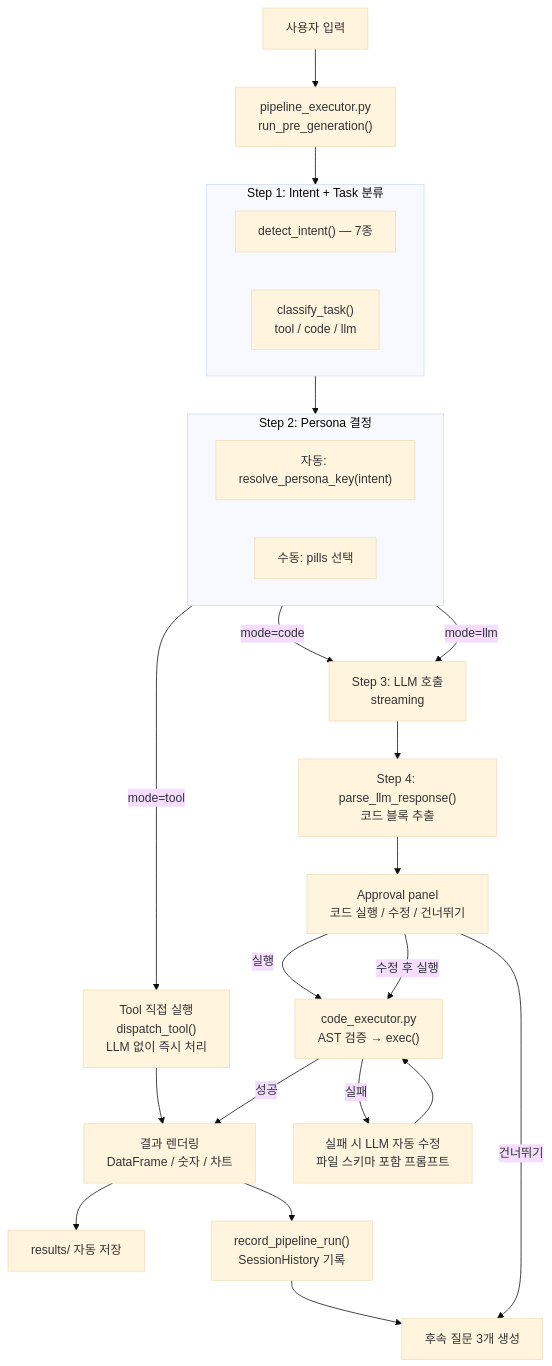
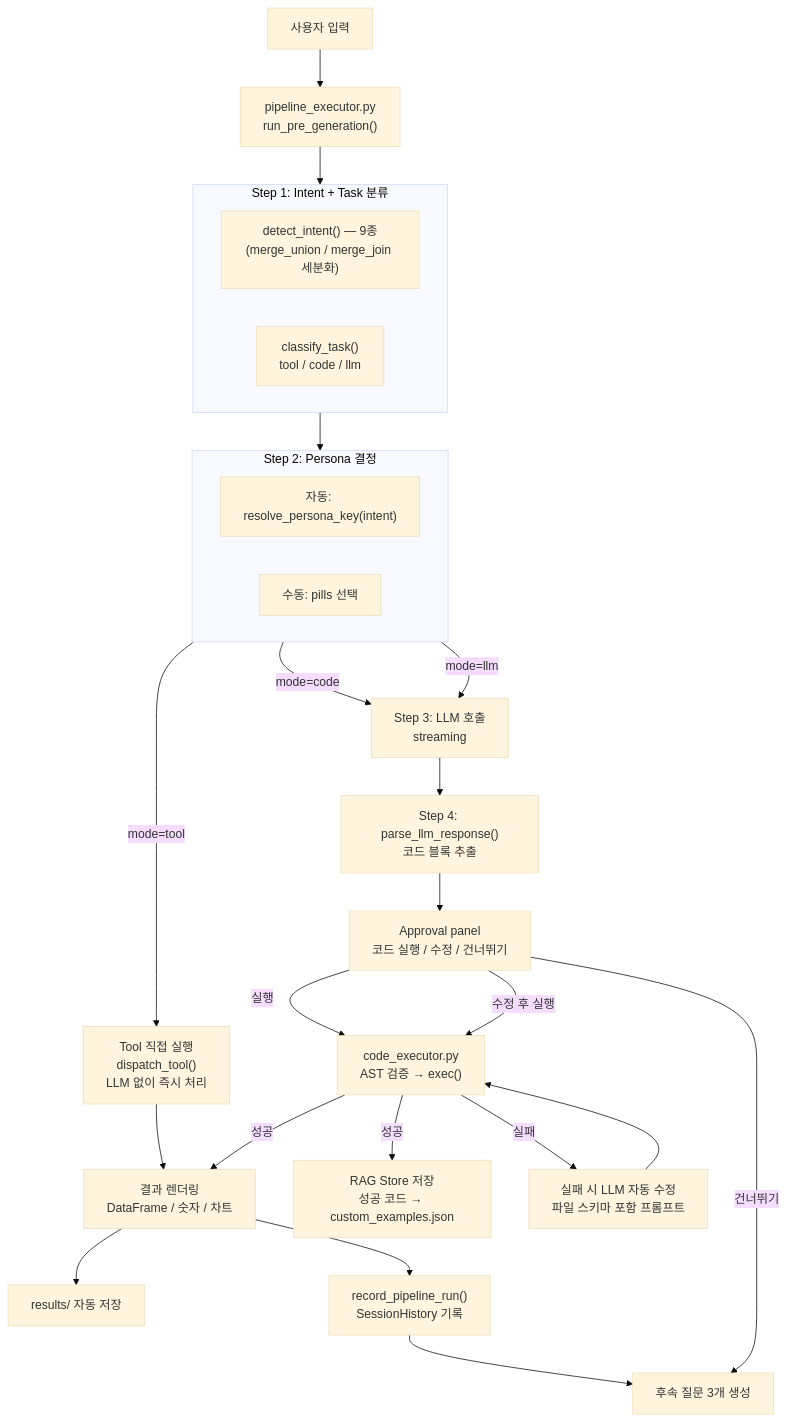
Before and after one commit to sayoon01/excel-ai-agent: the second of 8 diagrams in README.md, drawn with Mermaid (base theme). The commit also changed other lines of this file and 17 other files, not shown here.

First line of the commit message:
feat: RAG 예제 검색·merge 세부 분류 및 프롬프트·UI 확장

````diff
--- a/README.md
+++ b/README.md
@@ -216,41 +234,43 @@
 ```mermaid
 flowchart TD
     Input["사용자 입력"]
     PRE["pipeline_executor.py\nrun_pre_generation()"]
 
     subgraph Step1["Step 1: Intent + Task 분류"]
-        IT["detect_intent() — 7종"]
+        IT["detect_intent() — 9종\n(merge_union / merge_join 세분화)"]
         TR2["classify_task()\ntool / code / llm"]
     end
 
     subgraph Step2["Step 2: Persona 결정"]
         AP2["자동: resolve_persona_key(intent)"]
         MP["수동: pills 선택"]
     end
 
     TOOL["Tool 직접 실행\ndispatch_tool()\nLLM 없이 즉시 처리"]
     LLM["Step 3: LLM 호출\nstreaming"]
     PARSE["Step 4: parse_llm_response()\n코드 블록 추출"]
     APPR["Approval panel\n코드 실행 / 수정 / 건너뛰기"]
     Exec["code_executor.py\nAST 검증 → exec()"]
     Result["결과 렌더링\nDataFrame / 숫자 / 차트"]
     AutoSave["results/ 자동 저장"]
     Retry["실패 시 LLM 자동 수정\n파일 스키마 포함 프롬프트"]
     History["record_pipeline_run()\nSessionHistory 기록"]
+    RAGStore["RAG Store 저장\n성공 코드 → custom_examples.json"]
     Followup["후속 질문 3개 생성"]
 
     Input --> PRE --> Step1 --> Step2
 
     Step2 -->|"mode=tool"| TOOL
     Step2 -->|"mode=code"| LLM
     Step2 -->|"mode=llm"| LLM
 
     TOOL --> Result
     LLM --> PARSE --> APPR
     APPR -->|실행| Exec
     APPR -->|수정 후 실행| Exec
     APPR -->|건너뛰기| Followup
     Exec -->|성공| Result --> AutoSave
+    Exec -->|성공| RAGStore
     Exec -->|실패| Retry --> Exec
     Result --> History --> Followup
 ```
````
